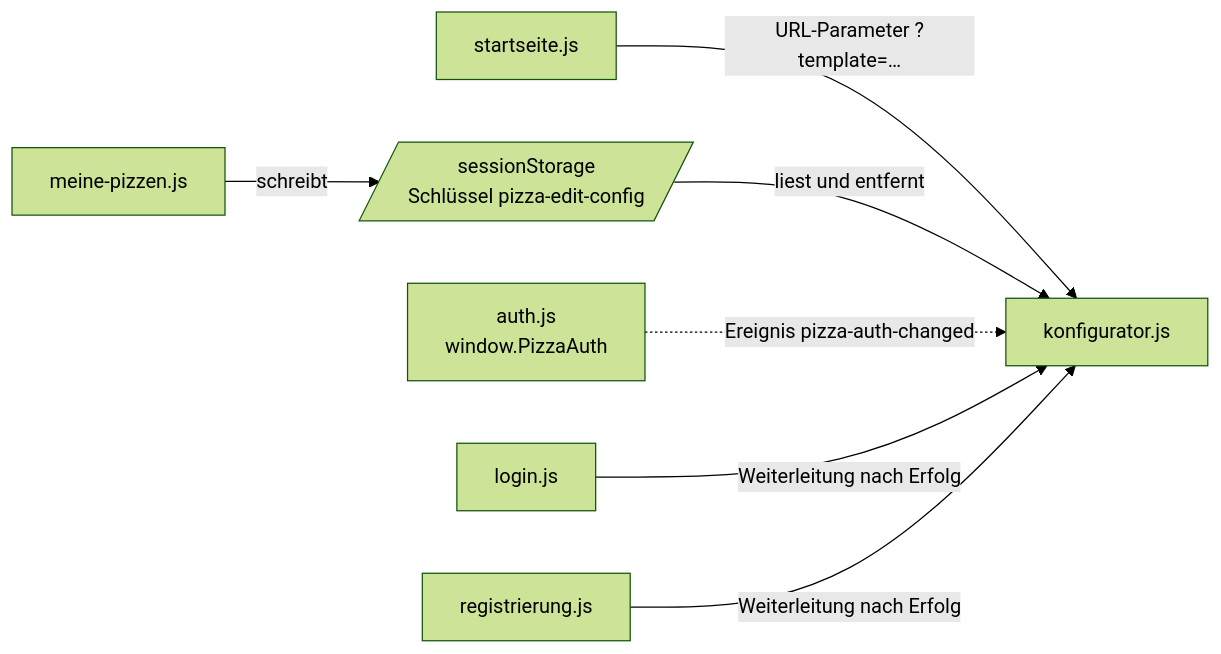
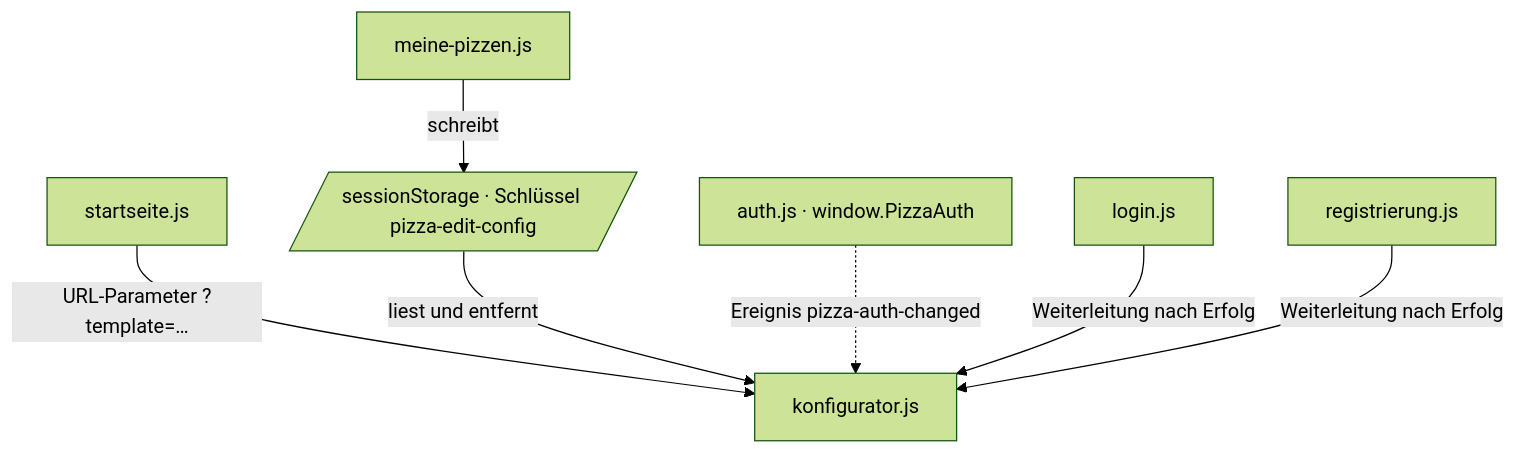
Before and after one commit to Familienmann89/Pizza-Tracker-: the second of 3 diagrams in docs/arch/A05 - Bausteinsicht.md, drawn with Mermaid (forest theme). The commit also changed other lines of this file, not shown here.

````diff
--- a/docs/arch/A05 - Bausteinsicht.md
+++ b/docs/arch/A05 - Bausteinsicht.md
@@ -223,17 +226,17 @@
 ```mermaid
-flowchart LR
-    AU["auth.js<br/>window.PizzaAuth"]
+flowchart TD
+    AU["auth.js · window.PizzaAuth"]
     ST["startseite.js"]
     KO["konfigurator.js"]
     LO["login.js"]
     RE["registrierung.js"]
     MP["meine-pizzen.js"]
-    SS[/"sessionStorage<br/>Schlüssel pizza-edit-config"/]
+    SS[/"sessionStorage · Schlüssel pizza-edit-config"/]
 
     ST -->|"URL-Parameter ?template=…"| KO
     MP -->|"schreibt"| SS
     SS -->|"liest und entfernt"| KO
     AU -.->|"Ereignis pizza-auth-changed"| KO
     LO -->|"Weiterleitung nach Erfolg"| KO
     RE -->|"Weiterleitung nach Erfolg"| KO
 ```
````
